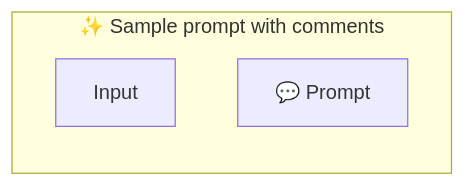
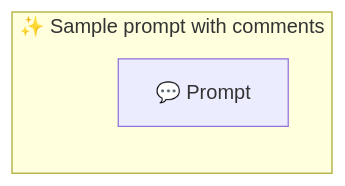
One commit to webgptorg/promptbook changed the diagram in samples/templates/05-comment.ptbk.md. Above: the diagram before and after it, drawn with Mermaid. The commit also changed 16 other files, not shown here.

Commit message:
Auto-generated Mermaid graphs of promptboks

````diff
--- a/samples/templates/05-comment.ptbk.md
+++ b/samples/templates/05-comment.ptbk.md
@@ -10,19 +10,15 @@
 ```mermaid
 %% 🔮 Tip: Open this on GitHub or in the VSCode website to see the Mermaid graph visually
 
 flowchart LR
-    subgraph "✨ Sample prompt with comments"
+  subgraph "✨ Sample prompt with comments"
 
-        direction TB
+      direction TB
 
-        input[Input]
+      input[Input]:::hidden
+      templatePrompt[💬 Prompt]
 
+      classDef hidden display: none;
 
-        templatePrompt[💬 Prompt]
-
-
-
-
-
-    end
+  end;
 ```
````
